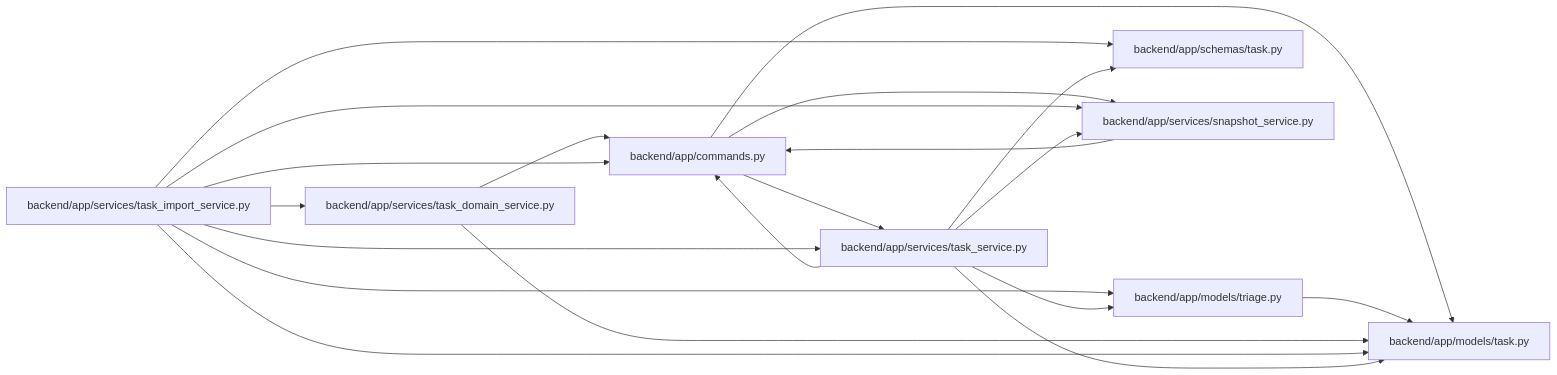
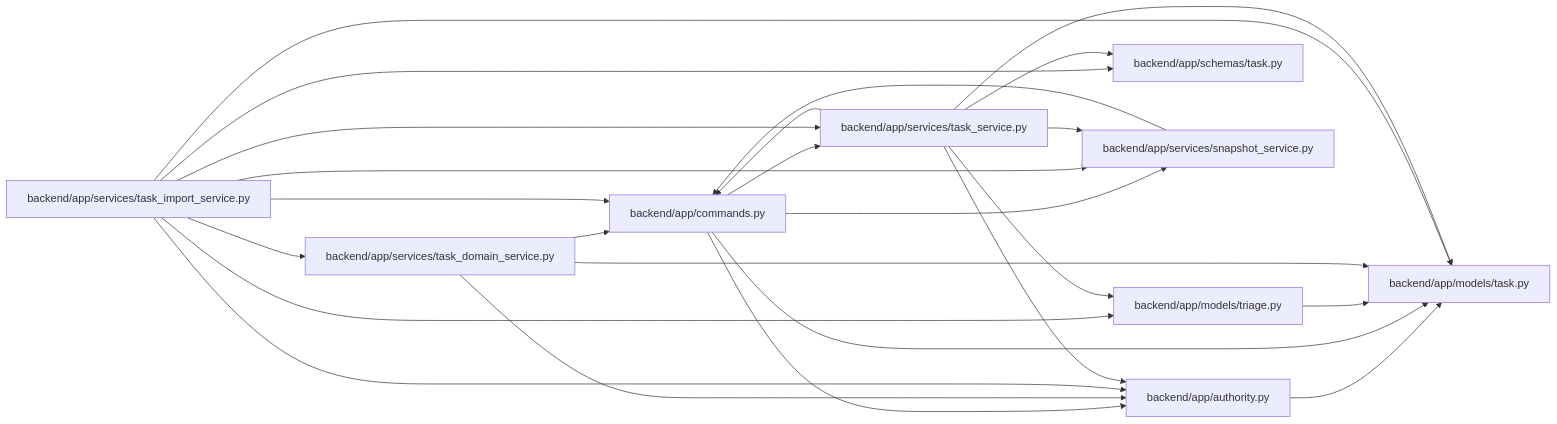
One commit to Denissvgn/WorkChord changed the diagram in docs/llm_wiki/modules/task_import_service.md. Above: the diagram before and after it, drawn with Mermaid. The commit also changed other lines of this file and 6624 other files, not shown here.

````diff
--- a/docs/llm_wiki/modules/task_import_service.md
+++ b/docs/llm_wiki/modules/task_import_service.md
@@ -27,38 +30,45 @@
 ```mermaid
 flowchart LR
-    n0["backend/app/commands.py"]
-    n1["backend/app/models/task.py"]
-    n2["backend/app/models/triage.py"]
-    n3["backend/app/schemas/task.py"]
-    n4["backend/app/services/snapshot_service.py"]
-    n5["backend/app/services/task_domain_service.py"]
-    n6["backend/app/services/task_import_service.py"]
-    n7["backend/app/services/task_service.py"]
-    n0 --> n1
-    n0 --> n4
-    n0 --> n7
-    n2 --> n1
-    n4 --> n0
-    n5 --> n0
+    n0["backend/app/authority.py"]
+    n1["backend/app/commands.py"]
+    n2["backend/app/models/task.py"]
+    n3["backend/app/models/triage.py"]
+    n4["backend/app/schemas/task.py"]
+    n5["backend/app/services/snapshot_service.py"]
+    n6["backend/app/services/task_domain_service.py"]
+    n7["backend/app/services/task_import_service.py"]
+    n8["backend/app/services/task_service.py"]
+    n0 --> n2
+    n1 --> n0
+    n1 --> n2
+    n1 --> n5
+    n1 --> n8
+    n3 --> n2
     n5 --> n1
     n6 --> n0
     n6 --> n1
     n6 --> n2
-    n6 --> n3
-    n6 --> n4
-    n6 --> n5
-    n6 --> n7
     n7 --> n0
     n7 --> n1
     n7 --> n2
     n7 --> n3
     n7 --> n4
-    click n0 "../modules/commands.md"
-    click n1 "../modules/models_task.md"
-    click n2 "../modules/models_triage.md"
-    click n3 "../modules/schemas_task.md"
-    click n4 "../modules/snapshot_service.md"
-    click n5 "../modules/task_domain_service.md"
-    click n6 "../modules/task_import_service.md"
-    click n7 "../modules/task_service.md"
+    n7 --> n5
+    n7 --> n6
+    n7 --> n8
+    n8 --> n0
+    n8 --> n1
+    n8 --> n2
+    n8 --> n3
+    n8 --> n4
+    n8 --> n5
+    click n0 "../modules/authority.md"
+    click n1 "../modules/commands.md"
+    click n2 "../modules/models_task.md"
+    click n3 "../modules/models_triage.md"
+    click n4 "../modules/schemas_task.md"
+    click n5 "../modules/snapshot_service.md"
+    click n6 "../modules/task_domain_service.md"
+    click n7 "../modules/task_import_service.md"
+    click n8 "../modules/task_service.md"
 ```
````
